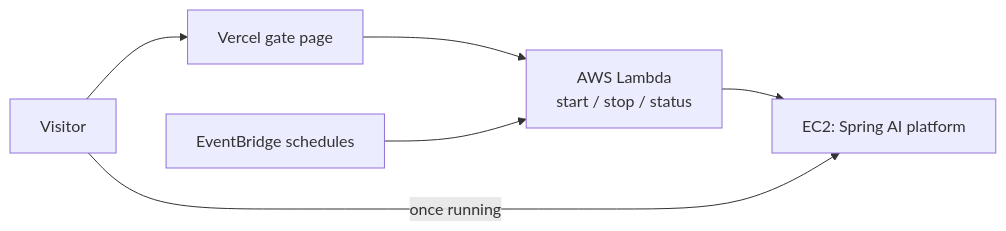
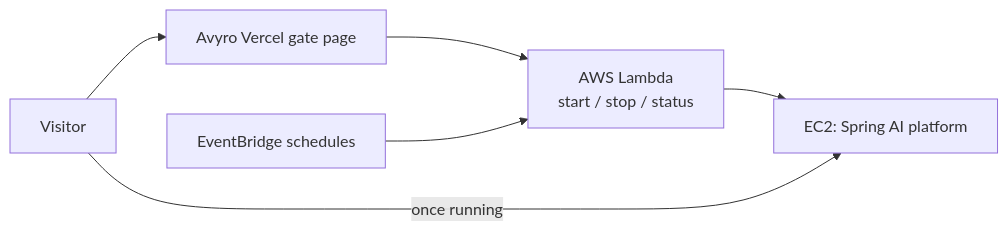
Before and after one commit to tsk0211/tsk0211: the diagram in README.md, drawn with Mermaid. The commit also changed other lines of this file, not shown here.

````diff
--- a/README.md
+++ b/README.md
@@ -29,8 +29,8 @@
 ```mermaid
 flowchart LR
-    V[Visitor] --> N[Vercel gate page]
+    V[Visitor] --> N[Avyro Vercel gate page]
     N --> L[AWS Lambda<br/>start / stop / status]
     EB[EventBridge schedules] --> L
     L --> EC2[EC2: Spring AI platform]
     V -->|once running| EC2
 ```
````
